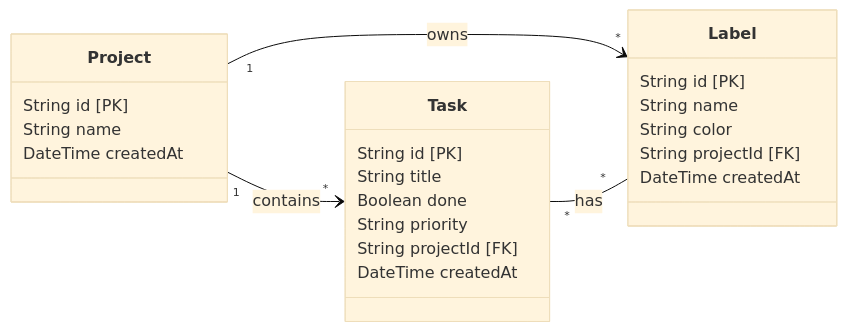
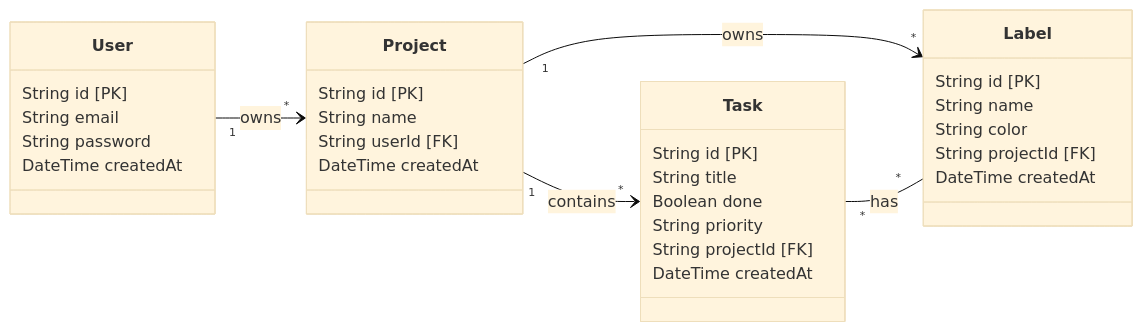
Before and after one commit to JustTom04/Task-manager: the diagram in README.md, drawn with Mermaid (base theme). The commit also changed other lines of this file and 1 other file, not shown here.

First line of the commit message:
docs: overhaul README with authentication and advanced backend architecture

````diff
--- a/README.md
+++ b/README.md
@@ -137,31 +148,40 @@
 ```mermaid
 classDiagram
     direction LR
 
+    class User {
+        String id [PK]
+        String email
+        String password
+        DateTime createdAt
+    }
+
     class Project {
         String id [PK]
         String name
+        String userId [FK]
         DateTime createdAt
     }
     
     class Task {
         String id [PK]
         String title
         Boolean done
         String priority
         String projectId [FK]
         DateTime createdAt
     }
     
     class Label {
         String id [PK]
         String name
         String color
         String projectId [FK]
         DateTime createdAt
     }
 
+    User "1" --> "*" Project : owns
     Project "1" --> "*" Task : contains
     Project "1" --> "*" Label : owns
     Task "*" -- "*" Label : has
 ```
````
